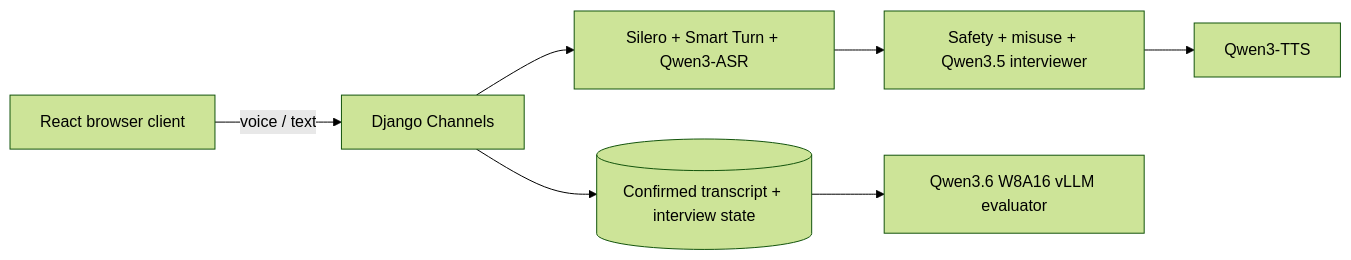
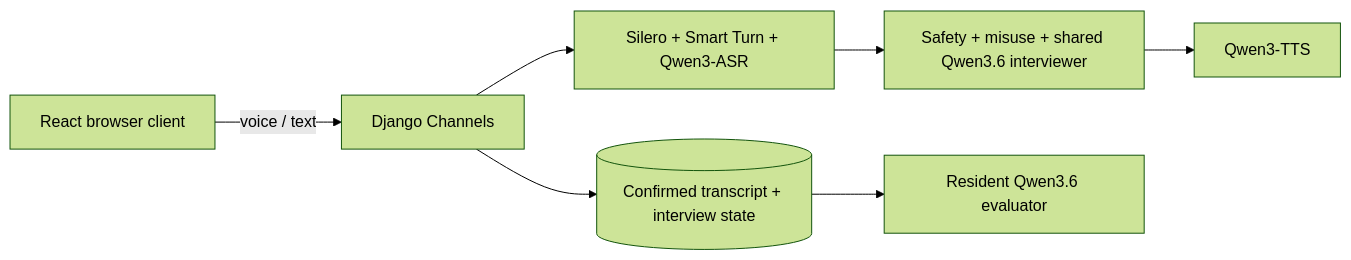
Before and after one commit to jaredturck/AI-interview: the diagram in README.md, drawn with Mermaid (forest theme). The commit also changed other lines of this file and 19 other files, not shown here.

````diff
--- a/README.md
+++ b/README.md
@@ -7,9 +7,9 @@
 ```mermaid
 flowchart LR
     Browser[React browser client] -->|voice / text| Channels[Django Channels]
     Channels --> Voice[Silero + Smart Turn + Qwen3-ASR]
-    Voice --> Policy[Safety + misuse + Qwen3.5 interviewer]
+    Voice --> Policy[Safety + misuse + shared Qwen3.6 interviewer]
     Policy --> TTS[Qwen3-TTS]
     Channels --> DB[(Confirmed transcript + interview state)]
-    DB --> Eval[Qwen3.6 W8A16 vLLM evaluator]
+    DB --> Eval[Resident Qwen3.6 evaluator]
 ```
````
